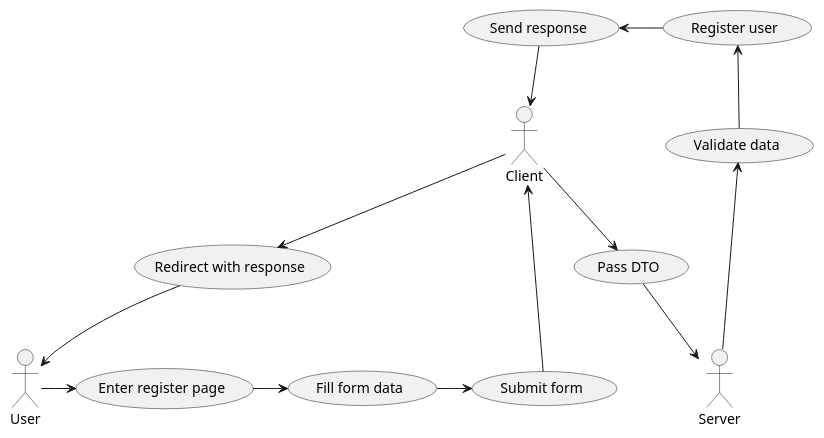
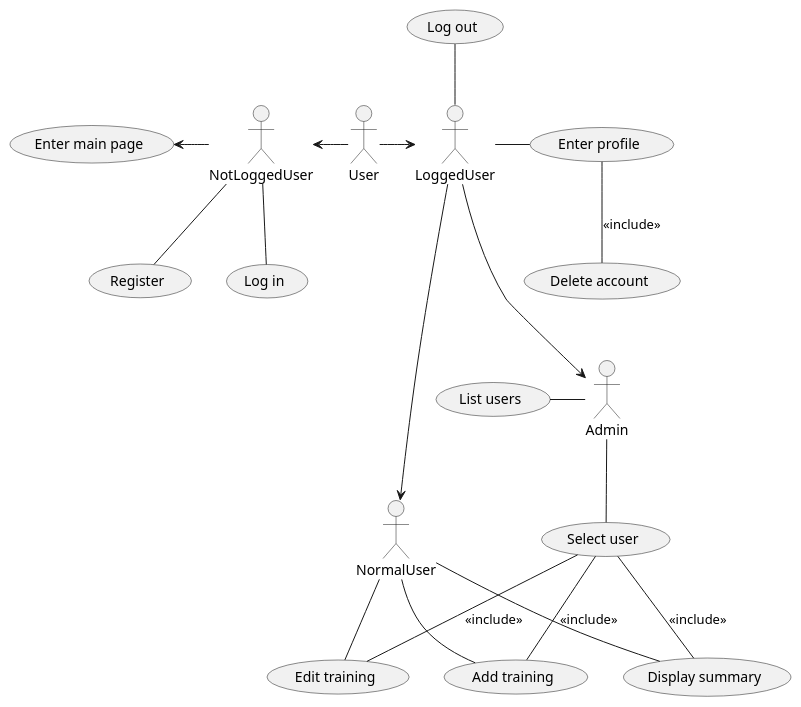
Before and after one commit to bedziox/VersaLog: the first of 11 diagrams in docs/Documentation.puml, drawn with PlantUML. The commit also changed other lines of this file, not shown here.

Commit message:
FEAT: Documentation update, new diagrams added

```diff
--- a/docs/Documentation.puml
+++ b/docs/Documentation.puml
@@ -2,24 +2,46 @@
-@startuml Registration
-(Enter register page) as enter
-(Fill form data) as form
-(Submit form) as submit
-(Pass DTO) as pass
-(Validate data) as validate
-(Register user) as register
-(Send response) as response
-(Redirect with response) as redirect
+@startuml 
+:User:
+:NotLoggedUser:
+:Admin:
+:LoggedUser:
+:NormalUser:
 
-User -> enter
-enter -> form
-form -> submit
-submit -> Client
-Client --> pass
-pass --> Server
-Server -left-> validate
-validate -left-> register
-register -left-> response
-response --> Client
-Client --> redirect
-redirect --> User
+(Log in) as login
+(Register) as register
+(Enter main page) as mainpage
+(Add training) as add
+(Edit training) as edit
+(Display summary) as summary
+(List users)  as list
+(Select user) as select
+(Enter profile) as profile
+(Delete account) as delete
+(Log out) as logout
+
+NotLoggedUser -- login
+NotLoggedUser -- register
+NotLoggedUser -left-> mainpage
+
+NormalUser -- add
+NormalUser -- edit
+NormalUser -- summary
+
+Admin -left- list
+Admin -down- select
+
+select -- add : <<include>>
+select -- edit : <<include>>
+select -- summary : <<include>>
+
+
+LoggedUser - profile
+profile -down- delete : <<include>>
+LoggedUser -up- logout
+
+User -> LoggedUser
+User -left-> NotLoggedUser
+LoggedUser -> NormalUser
+LoggedUser ---> Admin
+
 
 @enduml
```
